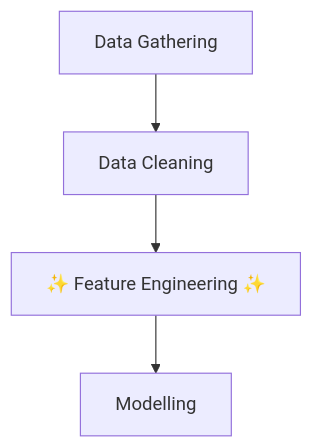
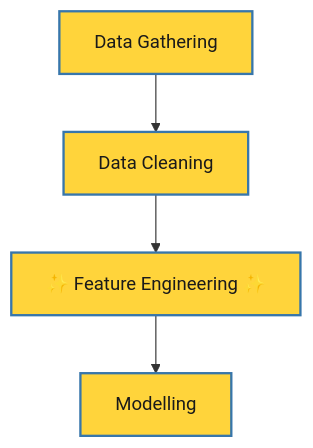
Before and after one commit to susmitpy/talks: the first of 2 diagrams in .github/copilot-instructions.md, drawn with Mermaid. The commit also changed other lines of this file, not shown here.

Commit message:
styled mermaid

````diff
--- a/.github/copilot-instructions.md
+++ b/.github/copilot-instructions.md
@@ -92,6 +92,9 @@
     ```mermaid
     graph TD
         A[Data Gathering] --> B[Data Cleaning];
         B --> C[✨ Feature Engineering ✨];
         C --> D[Modelling];
+        
+        classDef process fill:#FFD43B,stroke:#3776AB,stroke-width:2px,color:#1a1a1a;
+        class A,B,C,D process;
     ```
````
